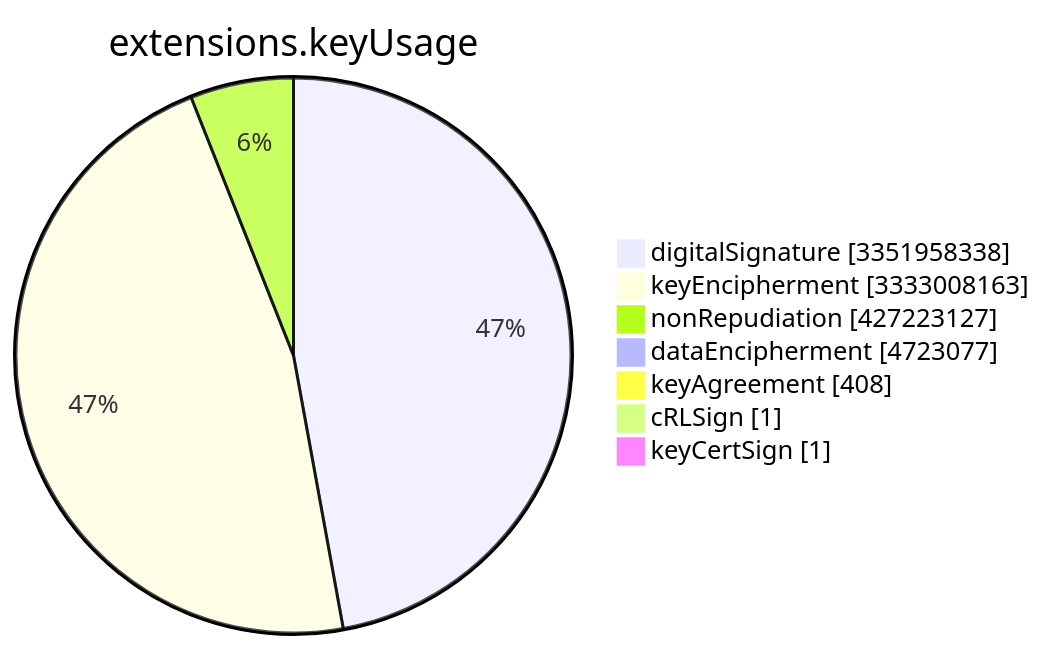
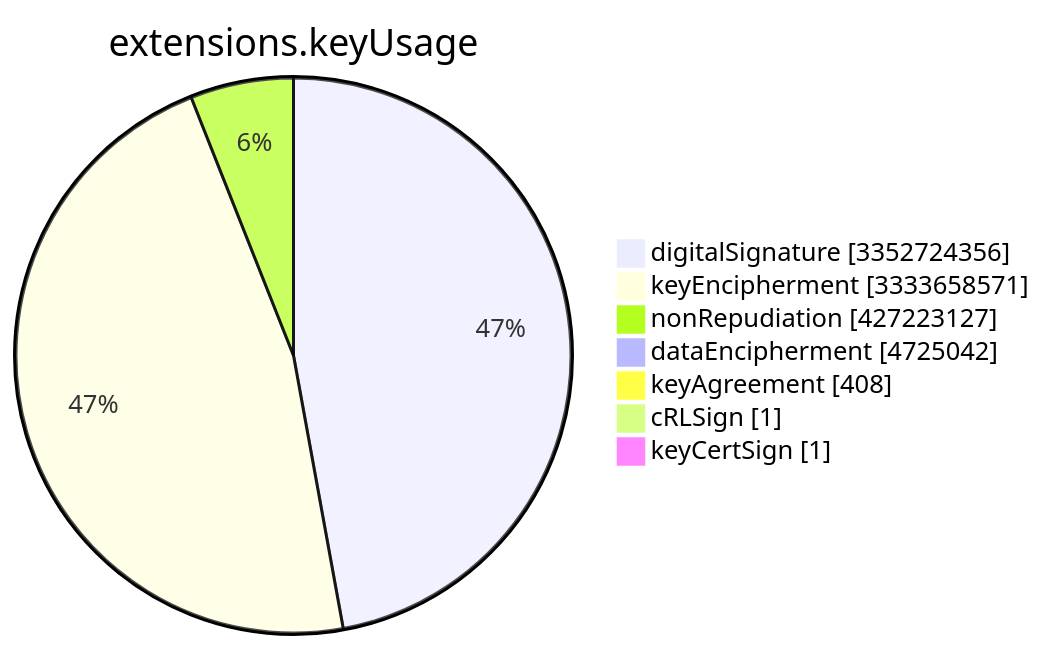
Before and after one commit to christiankrug/ctmonitor_visualization: the sixth of 15 diagrams in TOTAL/README.md, drawn with Mermaid. The commit also changed other lines of this file, not shown here.

````diff
--- a/TOTAL/README.md
+++ b/TOTAL/README.md
@@ -3079,11 +3079,11 @@
 ```mermaid
 pie showData
 title extensions.keyUsage
-"digitalSignature" :3351958338
-"keyEncipherment" :3333008163
+"digitalSignature" :3352724356
+"keyEncipherment" :3333658571
 "nonRepudiation" :427223127
-"dataEncipherment" :4723077
+"dataEncipherment" :4725042
 "keyAgreement" :408
 "cRLSign" :1
 "keyCertSign" :1
 ```
````
